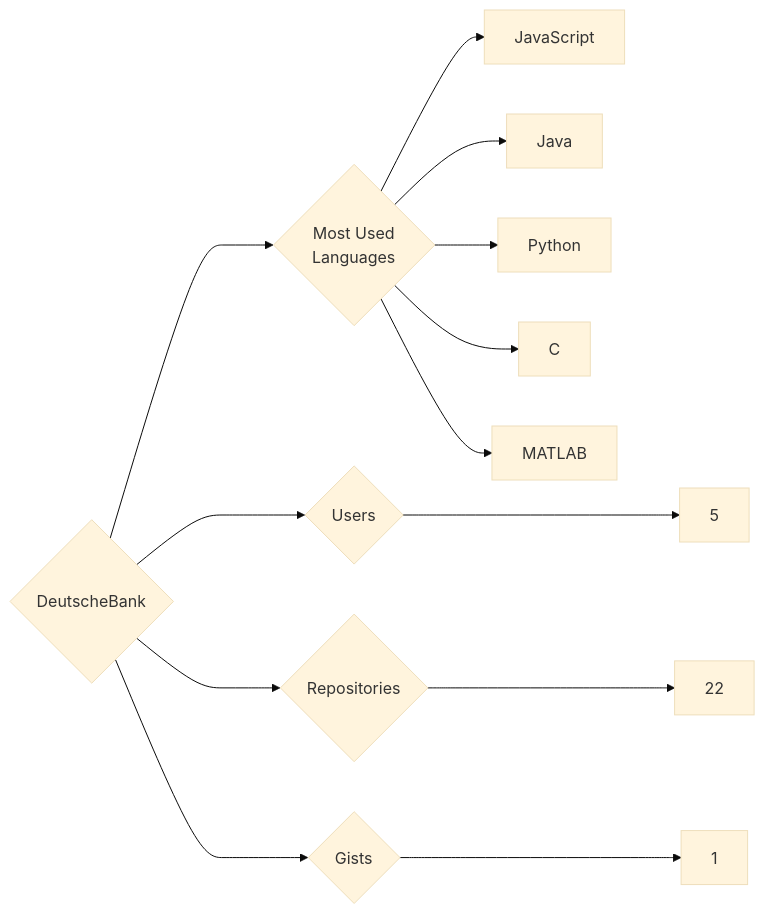
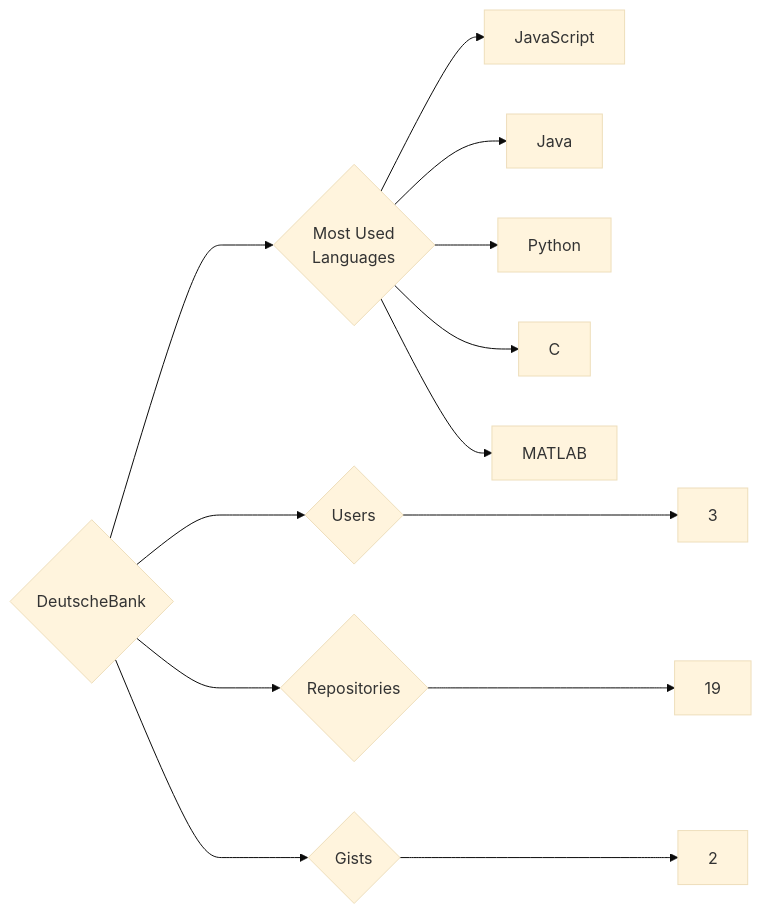
Before and after one commit to trickest/insiders: the diagram in targets/DeutscheBank/README.md, drawn with Mermaid (base theme). The commit also changed 985 other files, not shown here.

````diff
--- a/targets/DeutscheBank/README.md
+++ b/targets/DeutscheBank/README.md
@@ -3,13 +3,13 @@
 ```mermaid
 graph LR
 COMPANY_NAME{DeutscheBank}
-COMPANY_NAME ---> U{Users} ---> UN[5]
-COMPANY_NAME ---> R{Repositories} ---> RN[22]
-COMPANY_NAME ---> G{Gists} ---> GN[1]
+COMPANY_NAME ---> U{Users} ---> UN[3]
+COMPANY_NAME ---> R{Repositories} ---> RN[19]
+COMPANY_NAME ---> G{Gists} ---> GN[2]
 COMPANY_NAME ---> ML{Most Used<br>Languages}
 ML --> JavaScript[JavaScript]
 ML --> Java[Java]
 ML --> Python[Python]
 ML --> C[C]
 ML --> MATLAB[MATLAB]
 ```
````
